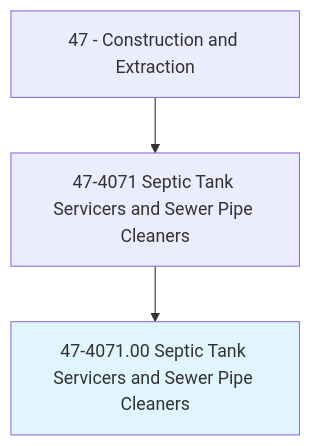
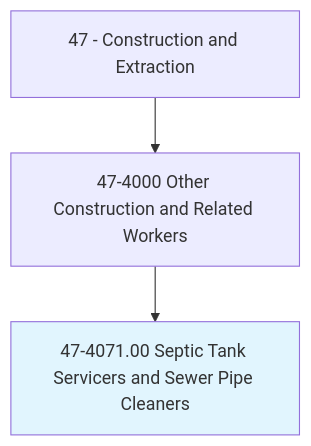
One commit to kziemski/business.org.ai changed the first of 4 diagrams in occupations/Construction/SepticTankServicersAndSewerPipeCleaners.mdx. Above: the diagram before and after it, drawn with Mermaid. The commit also changed other lines of this file and 938 other files, not shown here.

````diff
--- a/occupations/Construction/SepticTankServicersAndSewerPipeCleaners.mdx
+++ b/occupations/Construction/SepticTankServicersAndSewerPipeCleaners.mdx
@@ -19,6 +23,6 @@
 ```mermaid
 graph TD
-    Cat47["47 - Construction and Extraction"] --> Group474071["47-4071 Septic Tank Servicers and Sewer Pipe Cleaners"]
-    Group474071 --> Current["47-4071.00 Septic Tank Servicers and Sewer Pipe Cleaners"]
+    Cat47["47 - Construction and Extraction"] --> Group474["47-4000 Other Construction and Related Workers"]
+    Group474 --> Current["47-4071.00 Septic Tank Servicers and Sewer Pipe Cleaners"]
     style Current fill:#e1f5fe
 ```
````
